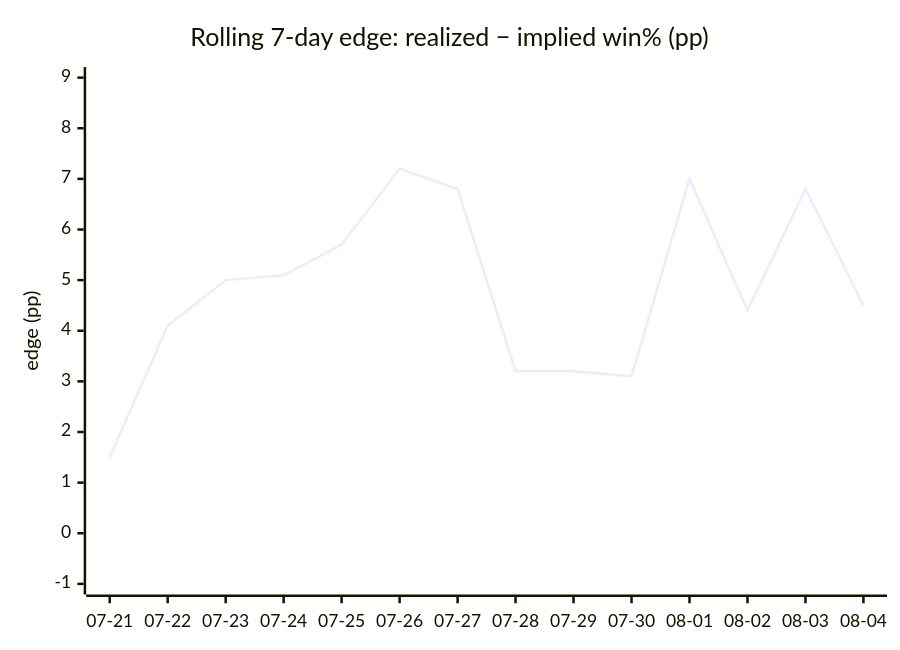
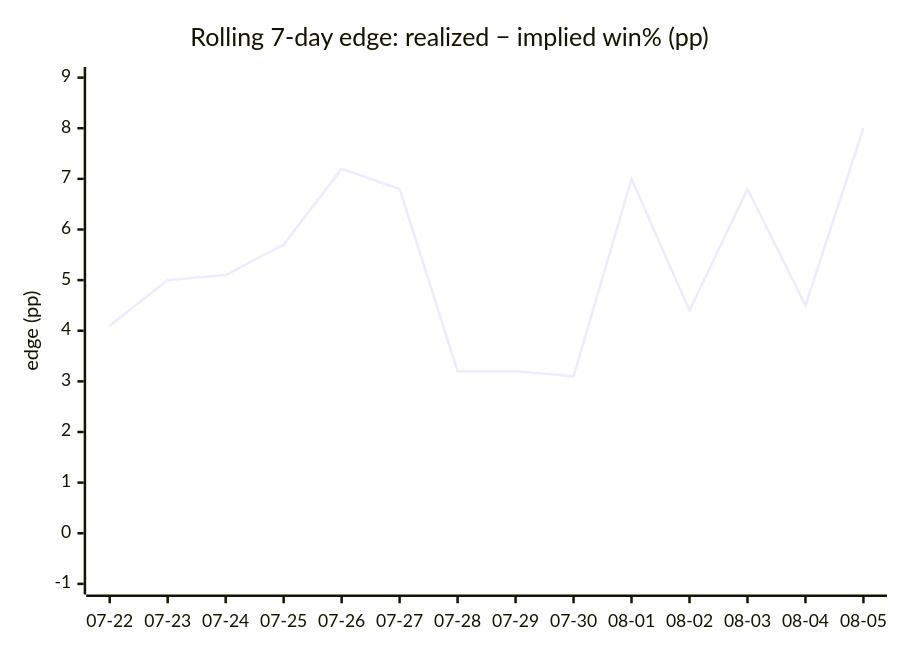
One commit to dpk1212/nhl-savant changed the fourth of 4 diagrams in DAILY_AGSU_REPORT.md. Above: the diagram before and after it, drawn with Mermaid. The commit also changed other lines of this file, not shown here.

````diff
--- a/DAILY_AGSU_REPORT.md
+++ b/DAILY_AGSU_REPORT.md
@@ -728,7 +762,7 @@
 ```mermaid
 xychart-beta
     title "Rolling 7-day edge: realized − implied win% (pp)"
-    x-axis ["07-21", "07-22", "07-23", "07-24", "07-25", "07-26", "07-27", "07-28", "07-29", "07-30", "08-01", "08-02", "08-03", "08-04"]
+    x-axis ["07-22", "07-23", "07-24", "07-25", "07-26", "07-27", "07-28", "07-29", "07-30", "08-01", "08-02", "08-03", "08-04", "08-05"]
     y-axis "edge (pp)" -1 --> 9
-    line [1.5, 4.1, 5, 5.1, 5.7, 7.2, 6.8, 3.2, 3.2, 3.1, 7, 4.4, 6.8, 4.5]
+    line [4.1, 5, 5.1, 5.7, 7.2, 6.8, 3.2, 3.2, 3.1, 7, 4.4, 6.8, 4.5, 8]
 ```
````
